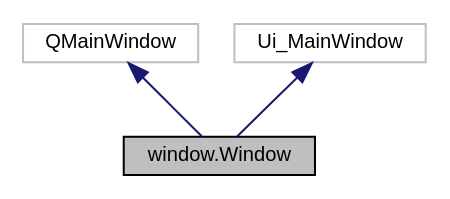
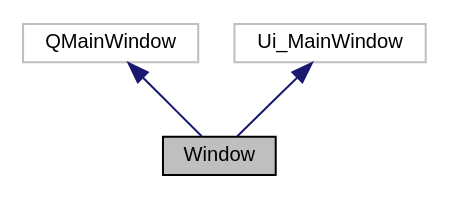
The diagram in classwindow_1_1Window__coll__graph.dot (UTDCloudPlug/utdcloudplug.github.io), drawn with Graphviz before and after one commit. The commit also changed 275 other files, not shown here.

```diff
--- a/classwindow_1_1Window__coll__graph.dot
+++ b/classwindow_1_1Window__coll__graph.dot
@@ -1,11 +1,11 @@
-digraph "window.Window"
+digraph "Window"
 {
  // LATEX_PDF_SIZE
   edge [fontname="Helvetica",fontsize="10",labelfontname="Helvetica",labelfontsize="10"];
   node [fontname="Helvetica",fontsize="10",shape=record];
-  Node1 [label="window.Window",height=0.2,width=0.4,color="black", fillcolor="grey75", style="filled", fontcolor="black",tooltip=" "];
+  Node1 [label="Window",height=0.2,width=0.4,color="black", fillcolor="grey75", style="filled", fontcolor="black",tooltip=" "];
   Node2 -> Node1 [dir="back",color="midnightblue",fontsize="10",style="solid",fontname="Helvetica"];
   Node2 [label="QMainWindow",height=0.2,width=0.4,color="grey75", fillcolor="white", style="filled",tooltip=" "];
   Node3 -> Node1 [dir="back",color="midnightblue",fontsize="10",style="solid",fontname="Helvetica"];
   Node3 [label="Ui_MainWindow",height=0.2,width=0.4,color="grey75", fillcolor="white", style="filled",tooltip=" "];
 }
```
